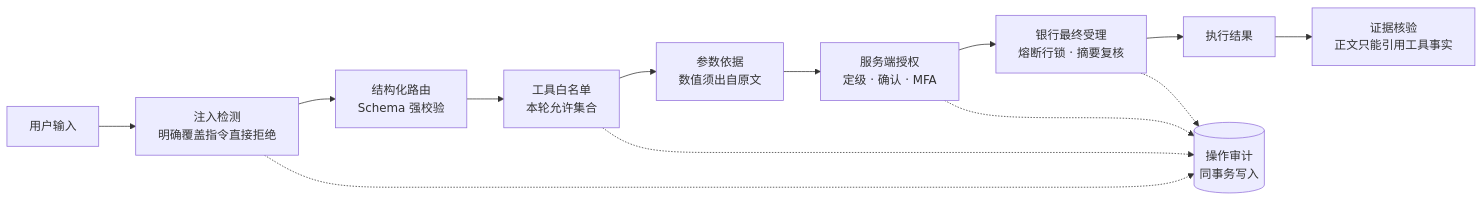
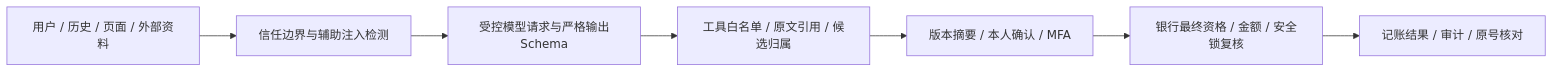
The fourth of 4 diagrams in 技术文档.md (Stainnifuski/2026-Fintechathon-ai-banking-agent), drawn with Mermaid before and after one commit. The commit also changed other lines of this file and 39 other files, not shown here.

````diff
--- a/技术文档.md
+++ b/技术文档.md
@@ -219,12 +162,9 @@
 ```mermaid
 flowchart LR
-    I[用户输入] --> L1[注入检测<br/>明确覆盖指令直接拒绝]
-    L1 --> L2[结构化路由<br/>Schema 强校验]
-    L2 --> L3[工具白名单<br/>本轮允许集合]
-    L3 --> L4[参数依据<br/>数值须出自原文]
-    L4 --> L5[服务端授权<br/>定级 · 确认 · MFA]
-    L5 --> L6[银行最终受理<br/>熔断行锁 · 摘要复核]
-    L6 --> O[执行结果]
-    O --> L7[证据核验<br/>正文只能引用工具事实]
-    L1 & L3 & L5 & L6 -.-> A[(操作审计<br/>同事务写入)]
+  I[用户 / 历史 / 页面 / 外部资料] --> G[信任边界与辅助注入检测]
+  G --> M[受控模型请求与严格输出Schema]
+  M --> T[工具白名单 / 原文引用 / 候选归属]
+  T --> A[版本摘要 / 本人确认 / MFA]
+  A --> B[银行最终资格 / 金额 / 安全锁复核]
+  B --> E[记账结果 / 审计 / 原号核对]
 ```
````
